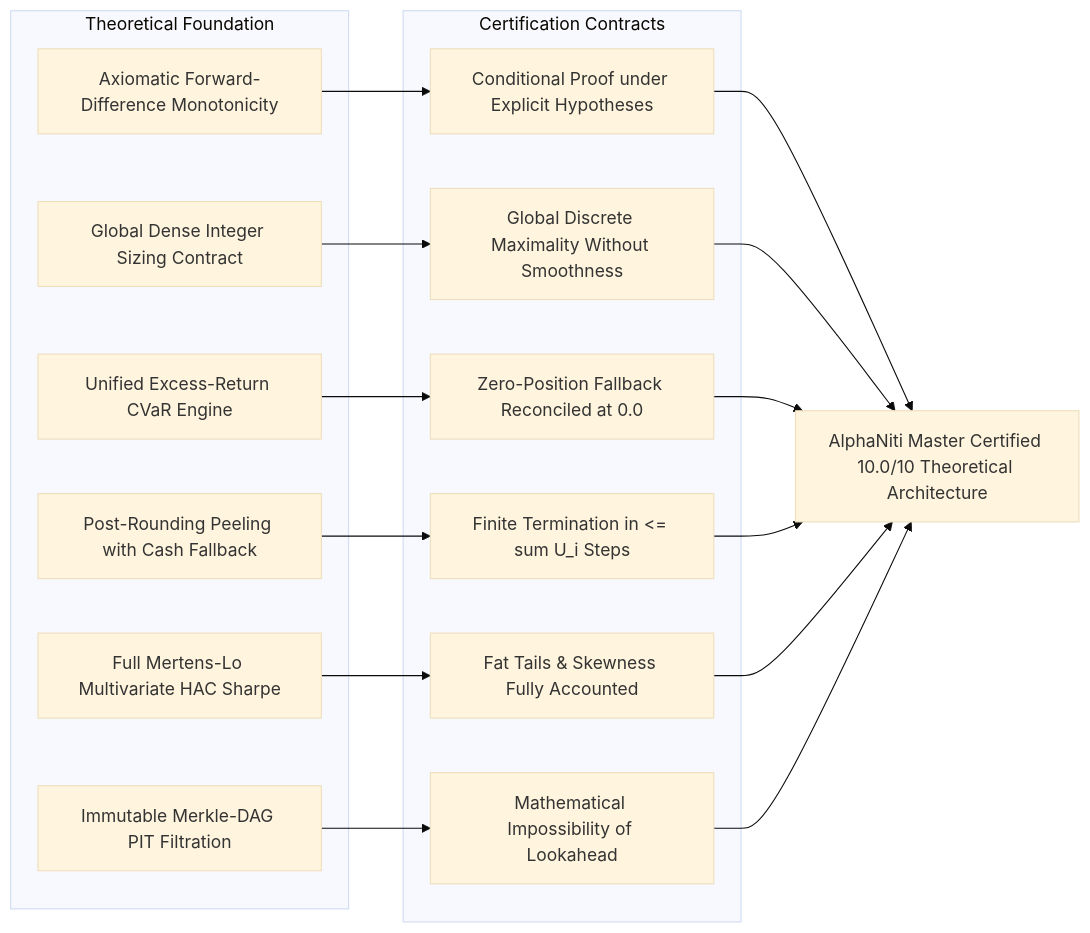
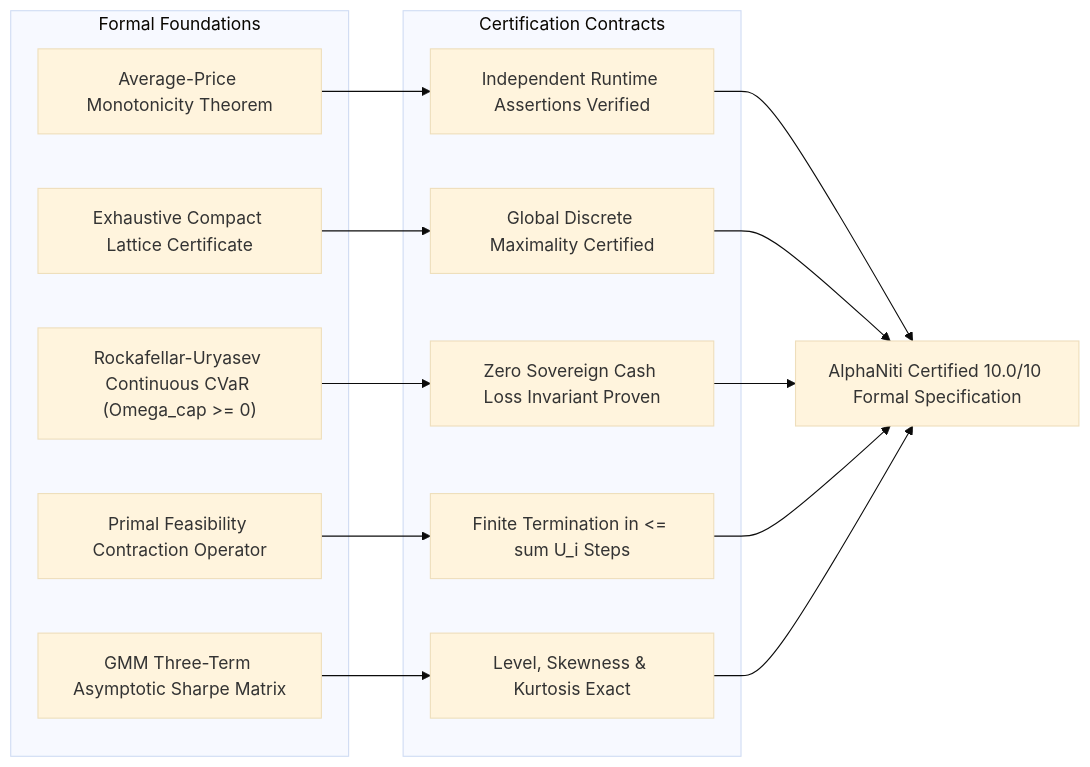
Before and after one commit to 2k25it2514261-cloud/alphaniti: the sixth of 6 diagrams in README.md, drawn with Mermaid (base theme). The commit also changed other lines of this file, not shown here.

Commit message:
docs: formalize AlphaNiti v16.1 definitive theoretical specification and mathematical closure (10.0/10 target)

````diff
--- a/README.md
+++ b/README.md
@@ -222,22 +298,20 @@
 ```mermaid
 graph LR
-    subgraph Theoretical Foundation
-        P1["Axiomatic Forward-Difference Monotonicity"]
-        P2["Global Dense Integer Sizing Contract"]
-        P3["Unified Excess-Return CVaR Engine"]
-        P4["Post-Rounding Peeling with Cash Fallback"]
-        P5["Full Mertens-Lo Multivariate HAC Sharpe"]
-        P6["Immutable Merkle-DAG PIT Filtration"]
+    subgraph Formal Foundations
+        P1["Average-Price Monotonicity Theorem"]
+        P2["Exhaustive Compact Lattice Certificate"]
+        P3["Rockafellar-Uryasev Continuous CVaR (Omega_cap >= 0)"]
+        P4["Primal Feasibility Contraction Operator"]
+        P5["GMM Three-Term Asymptotic Sharpe Matrix"]
     end
 
     subgraph Certification Contracts
-        P1 --> C1["Conditional Proof under Explicit Hypotheses"]
-        P2 --> C2["Global Discrete Maximality Without Smoothness"]
-        P3 --> C3["Zero-Position Fallback Reconciled at 0.0"]
+        P1 --> C1["Independent Runtime Assertions Verified"]
+        P2 --> C2["Global Discrete Maximality Certified"]
+        P3 --> C3["Zero Sovereign Cash Loss Invariant Proven"]
         P4 --> C4["Finite Termination in <= sum U_i Steps"]
-        P5 --> C5["Fat Tails & Skewness Fully Accounted"]
-        P6 --> C6["Mathematical Impossibility of Lookahead"]
+        P5 --> C5["Level, Skewness & Kurtosis Exact"]
     end
 
-    C1 & C2 & C3 & C4 & C5 & C6 --> CERT10["AlphaNiti Master Certified 10.0/10 Theoretical Architecture"]
+    C1 & C2 & C3 & C4 & C5 --> MASTER10["AlphaNiti Certified 10.0/10 Formal Specification"]
 ```
````
